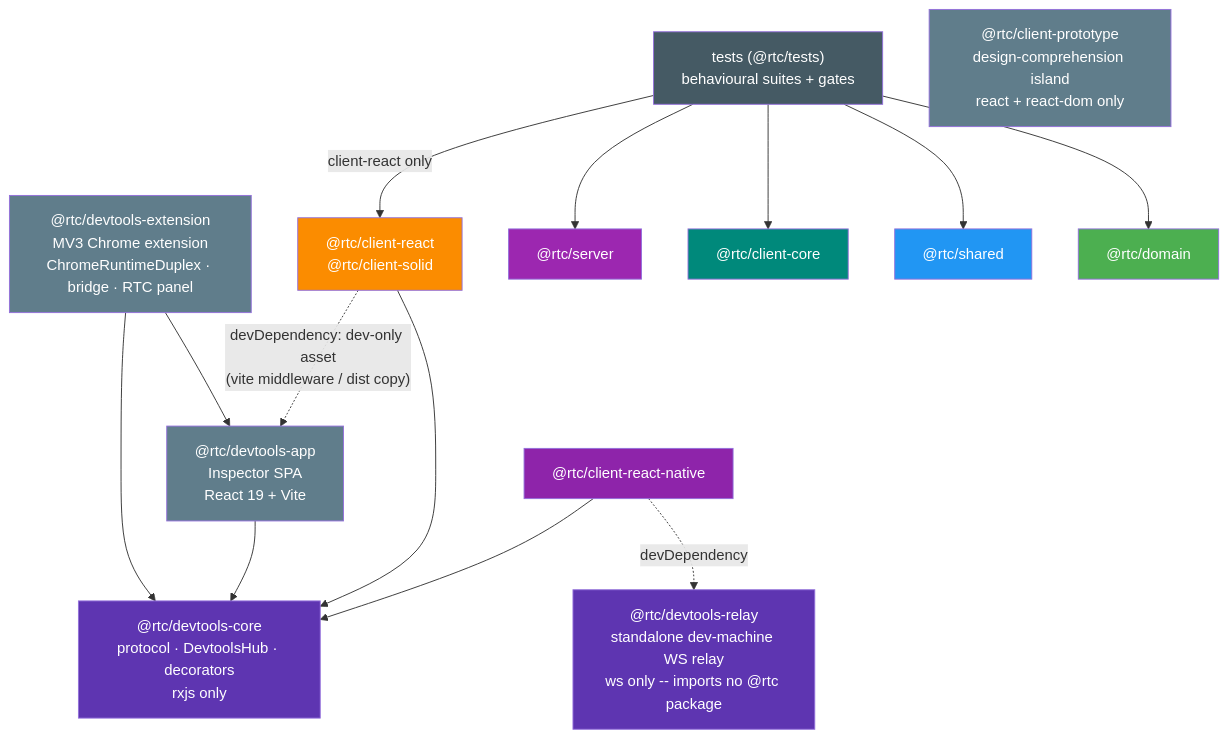
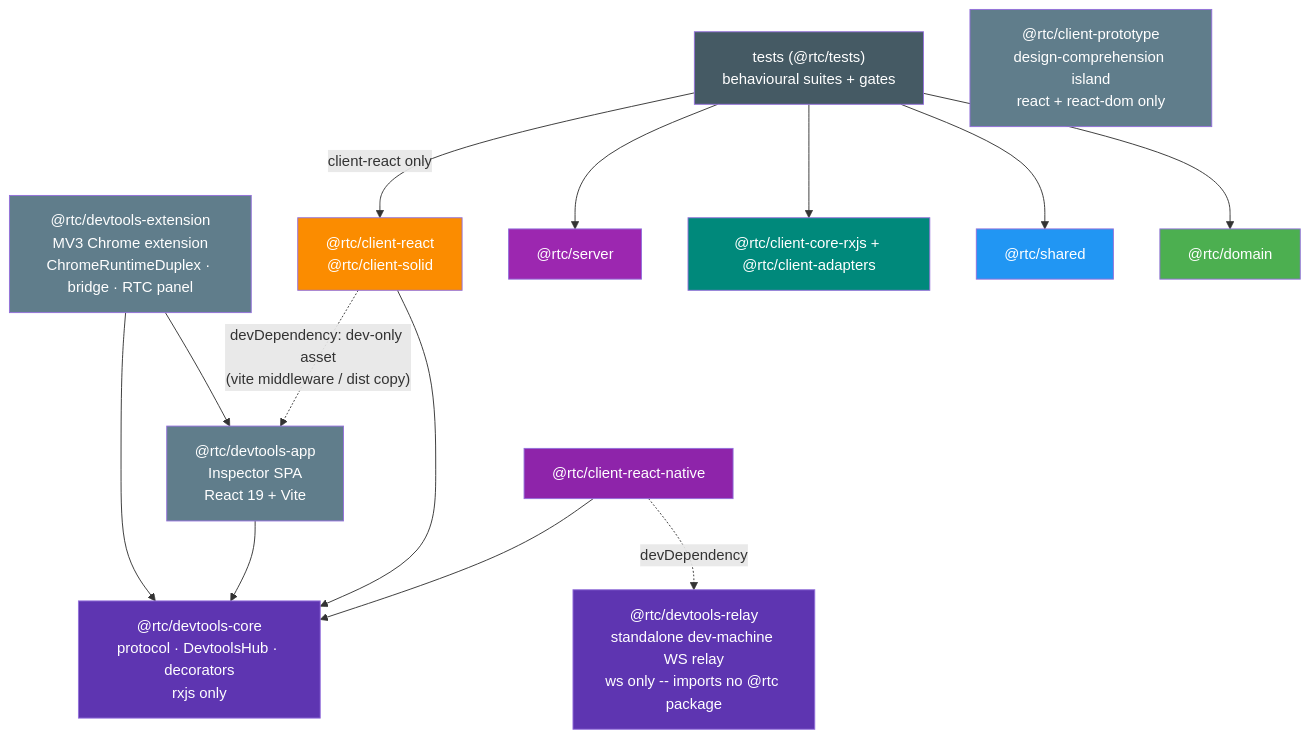
The fourth of 4 diagrams in docs/architecture/06-package-dependencies.md (bettersoftware-io/ReactiveTraderCloudClone), drawn with Mermaid before and after one commit. The commit also changed other lines of this file and 43 other files, not shown here.

First line of the commit message:
docs: the three sibling cores and @rtc/client-adapters; retire the import codemod

````diff
--- a/docs/architecture/06-package-dependencies.md
+++ b/docs/architecture/06-package-dependencies.md
@@ -169,43 +169,43 @@
 ```mermaid
 graph TB
     tests["tests (@rtc/tests)<br/>behavioural suites + gates"]
     dtext["@rtc/devtools-extension<br/>MV3 Chrome extension<br/>ChromeRuntimeDuplex · bridge · RTC panel"]
     webclients["@rtc/client-react<br/>@rtc/client-solid"]
     rnc["@rtc/client-react-native"]
 
     dtapp["@rtc/devtools-app<br/>Inspector SPA<br/>React 19 + Vite"]
     dtrelay["@rtc/devtools-relay<br/>standalone dev-machine WS relay<br/>ws only -- imports no @rtc package"]
     server["@rtc/server"]
-    core["@rtc/client-core"]
+    core["@rtc/client-core-rxjs + @rtc/client-adapters"]
 
     dtcore["@rtc/devtools-core<br/>protocol · DevtoolsHub · decorators<br/>rxjs only"]
     shared["@rtc/shared"]
     domain["@rtc/domain"]
     proto["@rtc/client-prototype<br/>design-comprehension island<br/>react + react-dom only"]
 
     dtext --> dtapp
     dtext --> dtcore
     dtapp --> dtcore
     webclients --> dtcore
     webclients -. "devDependency: dev-only asset<br/>(vite middleware / dist copy)" .-> dtapp
     rnc --> dtcore
     rnc -. "devDependency" .-> dtrelay
     tests -->|"client-react only"| webclients
     tests --> core
     tests --> server
     tests --> shared
     tests --> domain
 
     style tests fill:#455A64,color:#fff
     style dtext fill:#607D8B,color:#fff
     style dtapp fill:#607D8B,color:#fff
     style dtrelay fill:#5E35B1,color:#fff
     style dtcore fill:#5E35B1,color:#fff
     style webclients fill:#FB8C00,color:#fff
     style rnc fill:#8E24AA,color:#fff
     style server fill:#9C27B0,color:#fff
     style core fill:#00897B,color:#fff
     style shared fill:#2196F3,color:#fff
     style domain fill:#4CAF50,color:#fff
     style proto fill:#607D8B,color:#fff
 ```
````
